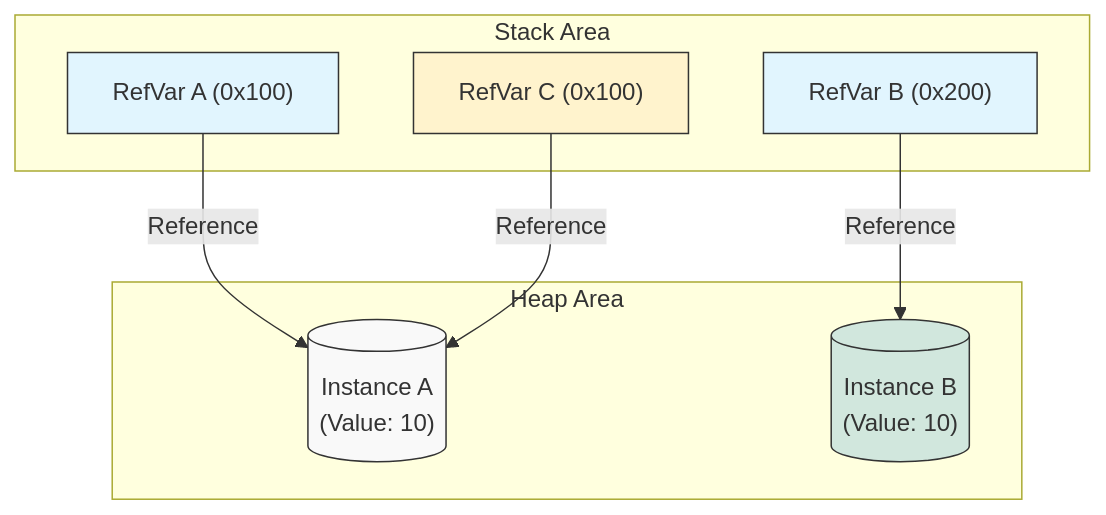
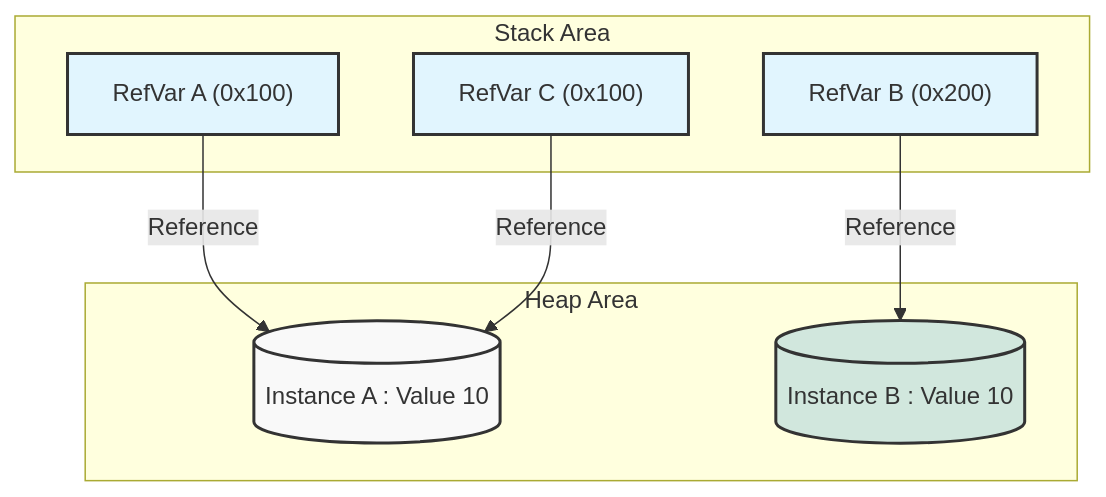
The first of 2 diagrams in _posts/java/08-gc/2026-01-21-object-클래스와-동등성,-동일성.md (Kang-Hyesung/kang-hyesung.github.io), drawn with Mermaid before and after one commit. The commit also changed other lines of this file, not shown here.

````diff
--- a/_posts/java/08-gc/2026-01-21-object-클래스와-동등성,-동일성.md
+++ b/_posts/java/08-gc/2026-01-21-object-클래스와-동등성,-동일성.md
@@ -18,25 +18,27 @@
 ```mermaid
-graph TD
-    subgraph Stack Area
-    RefA["RefVar A (0x100)"]
-    RefB["RefVar B (0x200)"]
-    RefC["RefVar C (0x100)"]
+flowchart TD
+    subgraph StackArea [Stack Area]
+        RefA["RefVar A (0x100)"]
+        RefB["RefVar B (0x200)"]
+        RefC["RefVar C (0x100)"]
     end
 
-    subgraph Heap Area
-    Obj1[("Instance A<br/>(Value: 10)")]
-    Obj2[("Instance B<br/>(Value: 10)")]
+    subgraph HeapArea [Heap Area]
+        Obj1[("Instance A : Value 10")]
+        Obj2[("Instance B : Value 10")]
     end
 
     RefA -->|Reference| Obj1
     RefB -->|Reference| Obj2
     RefC -->|Reference| Obj1
 
     %% 스타일 정의
-    style RefA fill:#e1f5fe,stroke:#333
-    style RefB fill:#e1f5fe,stroke:#333
-    style RefC fill:#fff3cd,stroke:#333
-    style Obj1 fill:#f9f9f9,stroke:#333
-    style Obj2 fill:#d1e7dd,stroke:#333
+    classDef stack fill:#e1f5fe,stroke:#333,stroke-width:2px;
+    classDef heap fill:#f9f9f9,stroke:#333,stroke-width:2px;
+    classDef heap2 fill:#d1e7dd,stroke:#333,stroke-width:2px;
+
+    class RefA,RefB,RefC stack;
+    class Obj1 heap;
+    class Obj2 heap2;
 
 ```
````
